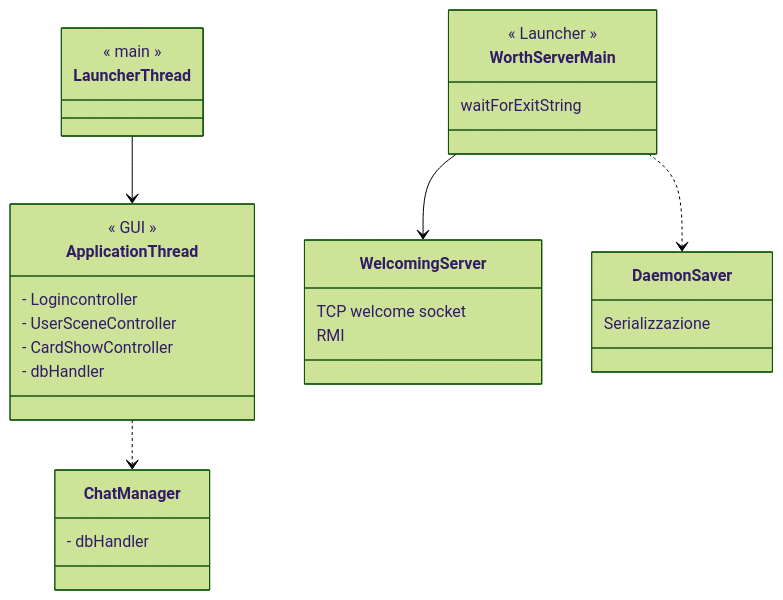
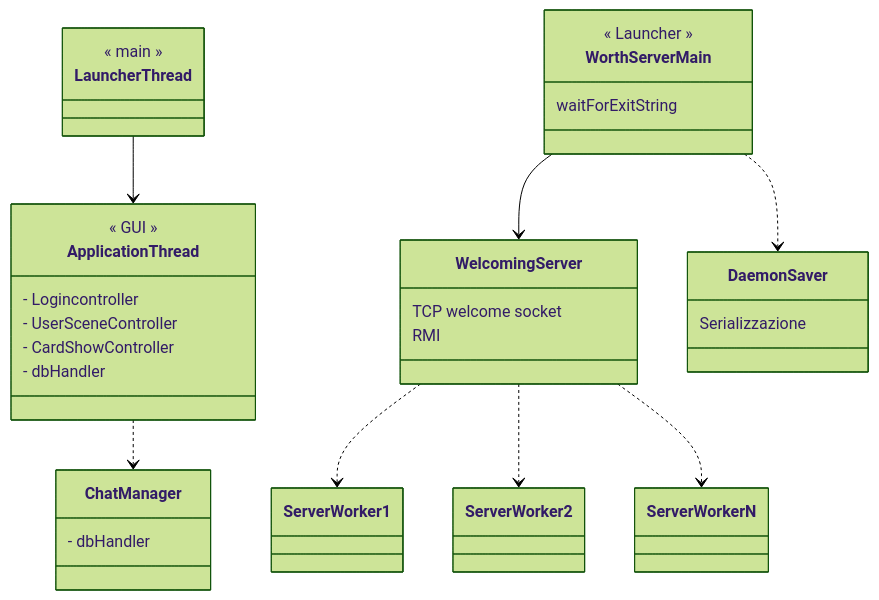
One commit to Wander29/Reti_esercizi.2020 changed the first of 2 diagrams in GORP/Progetto_relazione_beta.md. Above: the diagram before and after it, drawn with Mermaid (forest theme). The commit also changed other lines of this file and 7 other files, not shown here.

````diff
--- a/GORP/Progetto_relazione_beta.md
+++ b/GORP/Progetto_relazione_beta.md
@@ -111,42 +111,46 @@
 ```mermaid
 
 classDiagram
 	class LauncherThread{ 
 	<< main >> }
 	
 	class ApplicationThread {
     	- Logincontroller
     	- UserSceneController
     	- CardShowController
     	
     	- dbHandler
     	
     	<< GUI >>
     }
     
     class ChatManager {
     	- dbHandler	
     }
 		
 	
 	
 	LauncherThread-->ApplicationThread
 	ApplicationThread..>ChatManager
 	
 	class WorthServerMain{
 		<< Launcher >>
 		waitForExitString
 	}
 	
 	class WelcomingServer {
 		TCP welcome socket
 		RMI
 	}
 	
 	class DaemonSaver {
 		Serializzazione
 	}
 	
+	WelcomingServer..>ServerWorker1
+	WelcomingServer..>ServerWorker2
+	WelcomingServer..>ServerWorkerN
+	
 	WorthServerMain-->WelcomingServer
 	WorthServerMain..>DaemonSaver
 ```
````
